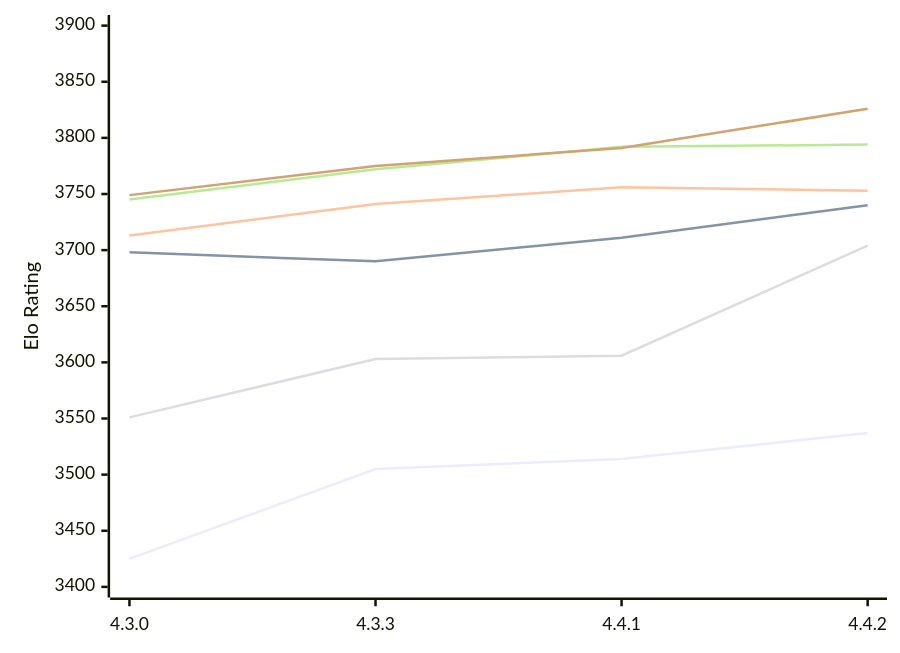
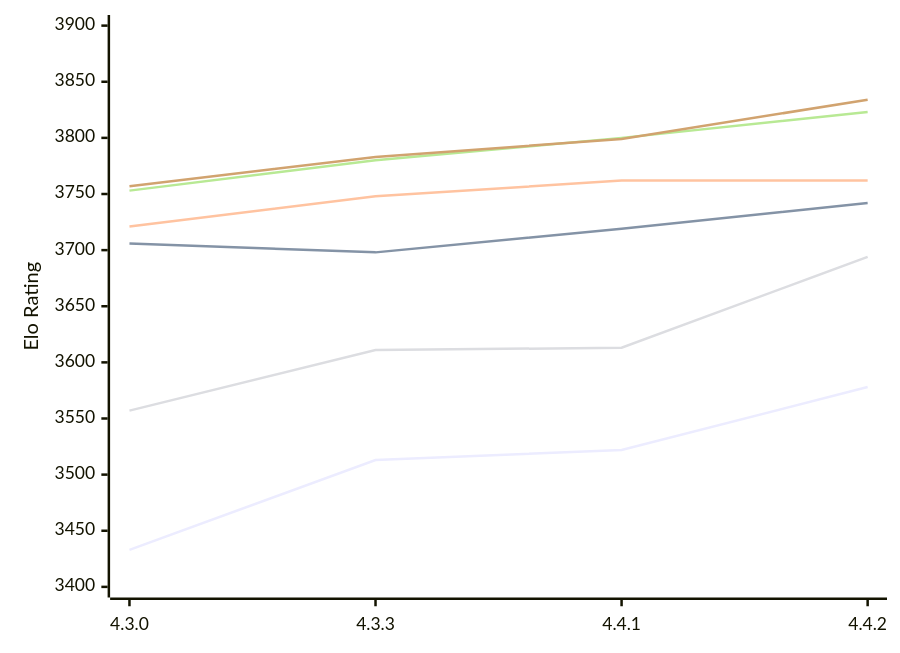
Before and after one commit to computer-chess-index/cci: the first of 2 diagrams in engines/Gaia.md, drawn with Mermaid. The commit also changed other lines of this file, not shown here.

Commit message:
Update CCI Ratings (ELO VLTC) - 2026-11-03

````diff
--- a/engines/Gaia.md
+++ b/engines/Gaia.md
@@ -59,12 +59,12 @@
 ```mermaid
 %%{init: {"theme":"base","themeVariables":{"seriesColors:['#a3a3a3','#222221','#faa371']}}}%%
 xychart-beta
   x-axis ["4.3.0", "4.3.3", "4.4.1", "4.4.2"]
   y-axis "Elo Rating" 3400 --> 3900
-  line "E1: STC (8.0+0.08s)" [3425, 3505, 3514, 3537]
-  line "E1: LTC (60.0+0.60s)" [3698, 3690, 3711, 3740]
-  line "E1: VLTC (2m24s+1.12s)" [3713, 3741, 3756, 3753]
-  line "P1: STC (8.0+0.08s)" [3551, 3603, 3606, 3704]
-  line "P1: LTC (60.0+0.60s)" [3745, 3772, 3792, 3794]
-  line "P1: VLTC (2m24s+1.12s)" [3749, 3775, 3791, 3826]
+  line "E1: STC (8.0+0.08s)" [3433, 3513, 3522, 3578]
+  line "E1: LTC (60.0+0.60s)" [3706, 3698, 3719, 3742]
+  line "E1: VLTC (2m24s+1.12s)" [3721, 3748, 3762, 3762]
+  line "P1: STC (8.0+0.08s)" [3557, 3611, 3613, 3694]
+  line "P1: LTC (60.0+0.60s)" [3753, 3780, 3800, 3823]
+  line "P1: VLTC (2m24s+1.12s)" [3757, 3783, 3799, 3834]
 ```
````
